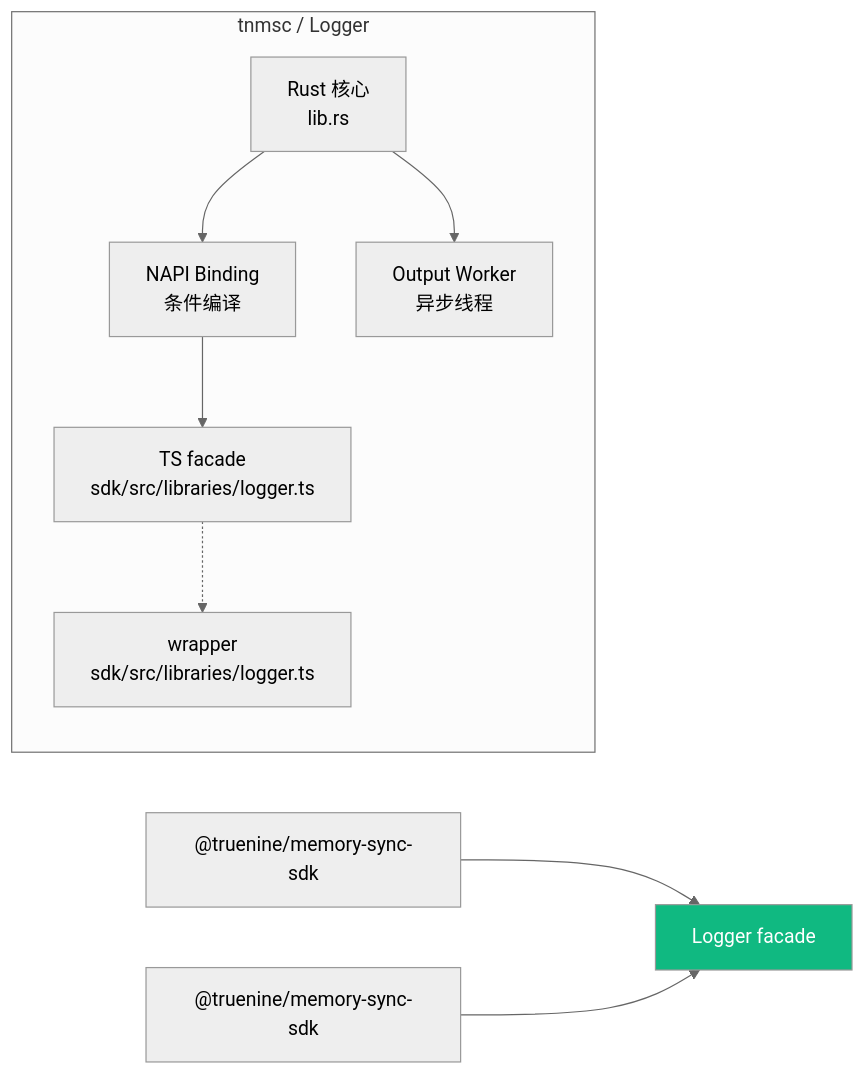
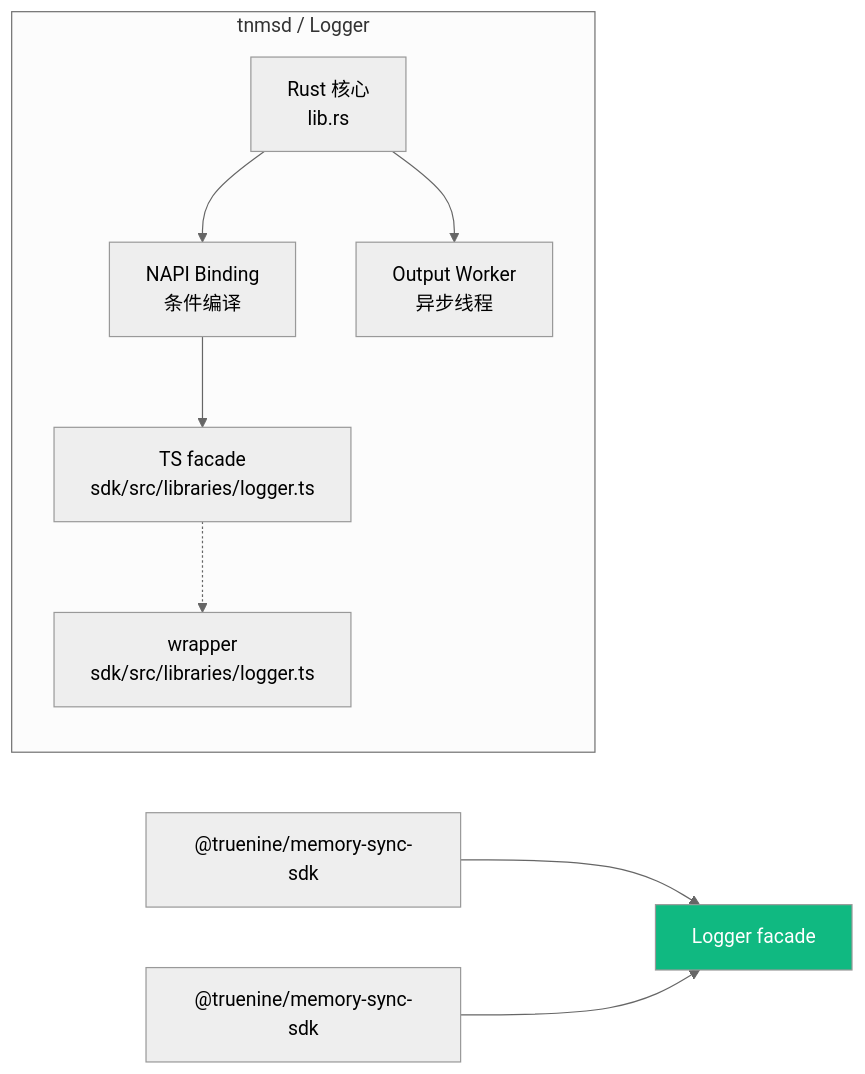
Before and after one commit to TrueNine/memory-sync: the second of 6 diagrams in doc/content/sdk/architecture.mdx, drawn with Mermaid (neutral theme). The commit also changed other lines of this file and 9 other files, not shown here.

Commit message:
refactor: update documentation and references from tnmsc to tnmsd across multiple files

````diff
--- a/doc/content/sdk/architecture.mdx
+++ b/doc/content/sdk/architecture.mdx
@@ -118,20 +118,20 @@
 ```mermaid
 graph LR
     SDK["@truenine/memory-sync-sdk"] --> LOGGER["Logger facade"]
     MDC["@truenine/memory-sync-sdk"] --> LOGGER
 
-    subgraph Logger["tnmsc / Logger"]
+    subgraph Logger["tnmsd / Logger"]
         L_CORE["Rust 核心<br/>lib.rs"]
         L_NAPI["NAPI Binding<br/>条件编译"]
         L_TS["TS facade<br/>sdk/src/libraries/logger.ts"]
         L_WRAPPER["wrapper<br/>sdk/src/libraries/logger.ts"]
         L_WORKER["Output Worker<br/>异步线程"]
     end
 
     L_CORE --> L_NAPI
     L_NAPI --> L_TS
     L_TS -.-> L_WRAPPER
     L_CORE --> L_WORKER
 
     style LOGGER fill:#10b981,color:#fff
 ```
````
